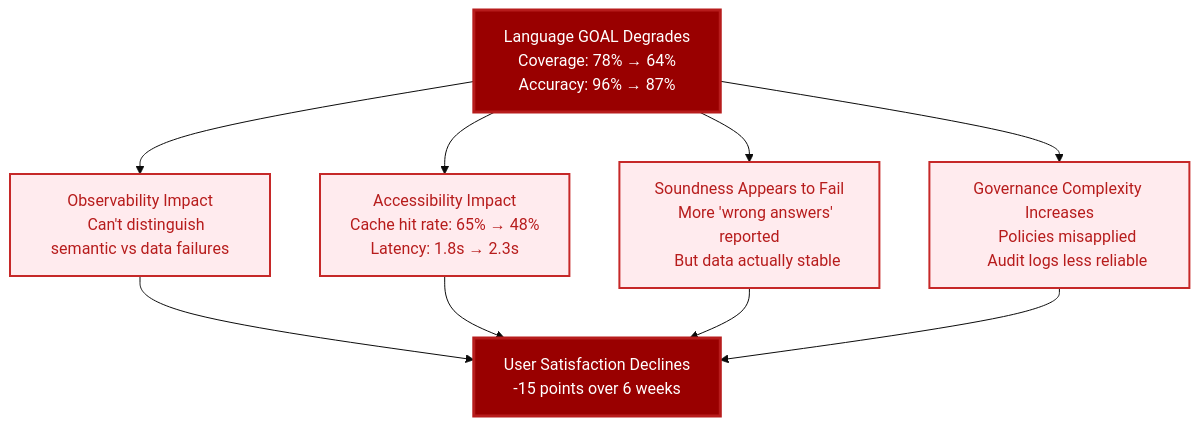
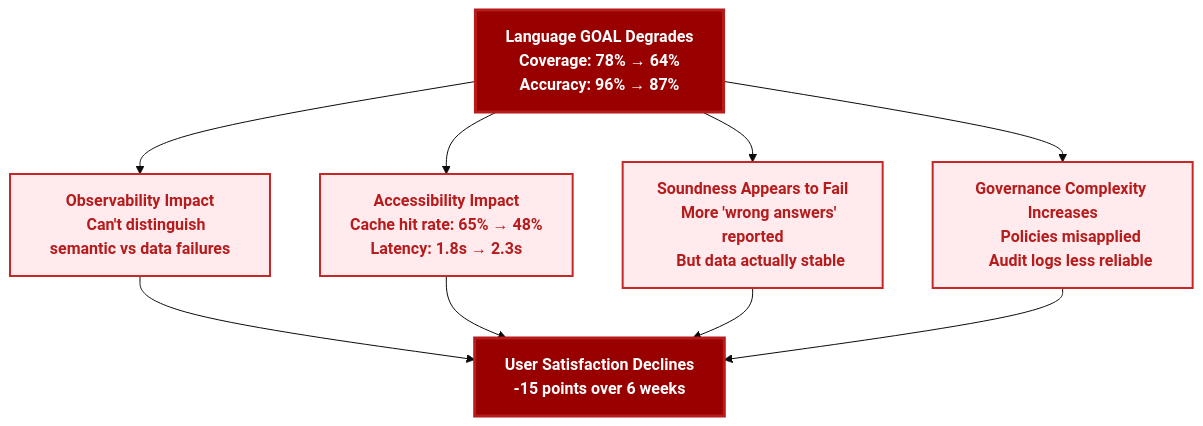
One commit to colaberry/enterprise-data-readiness-ai-agents changed the eighth of 11 diagrams in chapter-02/chapter_2_complete.md. Above: the diagram before and after it, drawn with Mermaid (base theme). The commit also changed other lines of this file and 1 other file, not shown here.

````diff
--- a/chapter-02/chapter_2_complete.md
+++ b/chapter-02/chapter_2_complete.md
@@ -1485,29 +1441,29 @@
 ```mermaid
 graph TD
-    A["Language GOAL Degrades
+    A["<b>Language GOAL Degrades
     Coverage: 78% → 64%
-    Accuracy: 96% → 87%"] --> B["Observability Impact
-    Can't distinguish semantic vs data failures"]
-    A --> C["Accessibility Impact
+    Accuracy: 96% → 87%</b>"] --> B["<b>Observability Impact
+    Can't distinguish semantic vs data failures</b>"]
+    A --> C["<b>Accessibility Impact
     Cache hit rate: 65% → 48%
-    Latency: 1.8s → 2.3s"]
-    A --> D["Soundness Appears to Fail
+    Latency: 1.8s → 2.3s</b>"]
+    A --> D["<b>Soundness Appears to Fail
     More 'wrong answers' reported
-    But data actually stable"]
-    A --> E["Governance Complexity Increases
+    But data actually stable</b>"]
+    A --> E["<b>Governance Complexity Increases
     Policies misapplied
-    Audit logs less reliable"]
+    Audit logs less reliable</b>"]
     
-    B --> F["User Satisfaction Declines
-    -15 points over 6 weeks"]
+    B --> F["<b>User Satisfaction Declines
+    -15 points over 6 weeks</b>"]
     C --> F
     D --> F
     E --> F
     
     style A fill:#990000,color:#ffffff,stroke:#b71c1c,stroke-width:3px
     style B fill:#ffebee,stroke:#c62828,stroke-width:2px,color:#b71c1c
     style C fill:#ffebee,stroke:#c62828,stroke-width:2px,color:#b71c1c
     style D fill:#ffebee,stroke:#c62828,stroke-width:2px,color:#b71c1c
     style E fill:#ffebee,stroke:#c62828,stroke-width:2px,color:#b71c1c
     style F fill:#990000,color:#ffffff,stroke:#b71c1c,stroke-width:3px
 ```
````
